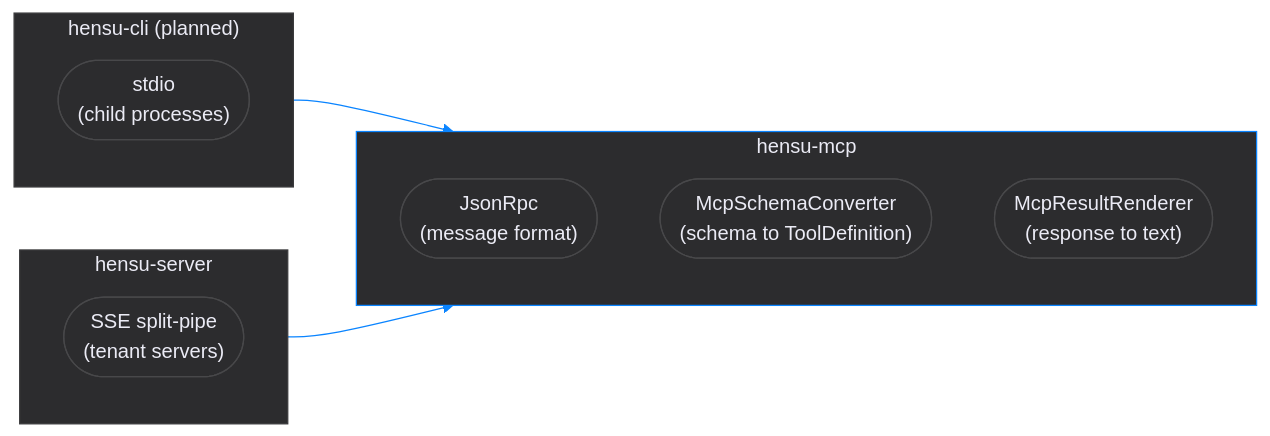
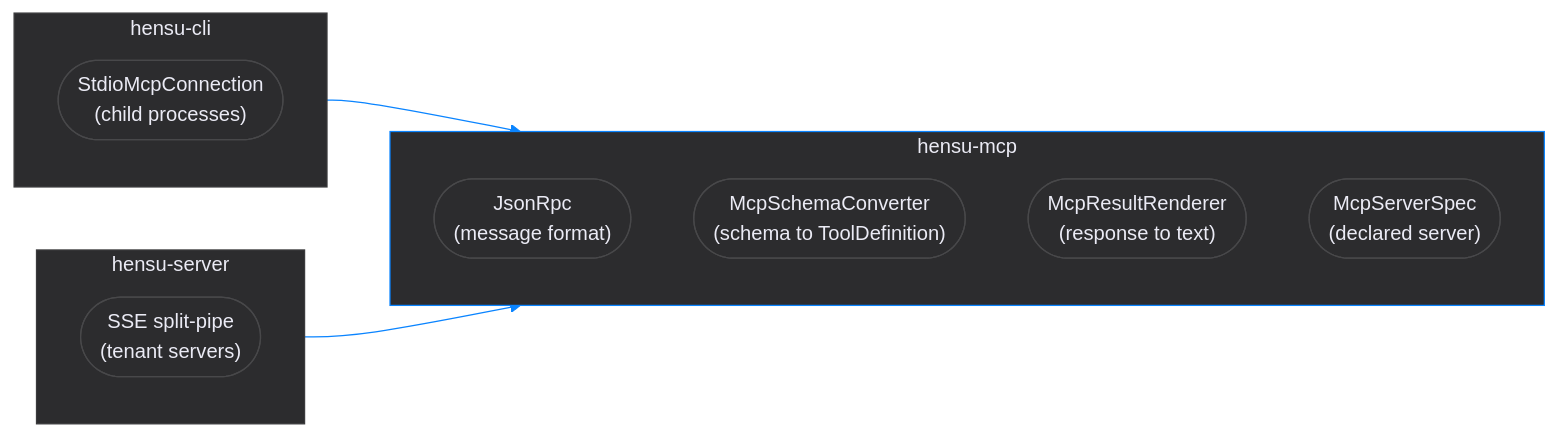
Before and after one commit to hensu-project/hensu: the diagram in hensu-mcp/README.md, drawn with Mermaid (neutral theme). The commit also changed other lines of this file and 55 other files, not shown here.

````diff
--- a/hensu-mcp/README.md
+++ b/hensu-mcp/README.md
@@ -20,34 +25,36 @@
 ```mermaid
 flowchart LR
     subgraph shared["hensu-mcp"]
         direction TB
         rpc(["JsonRpc\n(message format)"])
         conv(["McpSchemaConverter\n(schema to ToolDefinition)"])
         rend(["McpResultRenderer\n(response to text)"])
+        spec(["McpServerSpec\n(declared server)"])
     end
 
     subgraph server["hensu-server"]
         direction TB
         sse(["SSE split-pipe\n(tenant servers)"])
     end
 
-    subgraph cli["hensu-cli (planned)"]
+    subgraph cli["hensu-cli"]
         direction TB
-        stdio(["stdio\n(child processes)"])
+        stdio(["StdioMcpConnection\n(child processes)"])
     end
 
     sse --> shared
     stdio --> shared
 
     style shared fill:#2c2c2e, stroke:#0A84FF, color:#ebebf5, stroke-width:1px
     style server fill:#2c2c2e, stroke:#3a3a3c, color:#ebebf5, stroke-width:1px
     style cli    fill:#2c2c2e, stroke:#3a3a3c, color:#ebebf5, stroke-width:1px
 
     style rpc   fill:#2c2c2e, stroke:#48484a, color:#ebebf5, stroke-width:1px
     style conv  fill:#2c2c2e, stroke:#48484a, color:#ebebf5, stroke-width:1px
     style rend  fill:#2c2c2e, stroke:#48484a, color:#ebebf5, stroke-width:1px
+    style spec  fill:#2c2c2e, stroke:#48484a, color:#ebebf5, stroke-width:1px
     style sse   fill:#2c2c2e, stroke:#48484a, color:#ebebf5, stroke-width:1px
     style stdio fill:#2c2c2e, stroke:#48484a, color:#ebebf5, stroke-width:1px
 
     linkStyle default stroke:#0A84FF, stroke-width:1px
 ```
````
